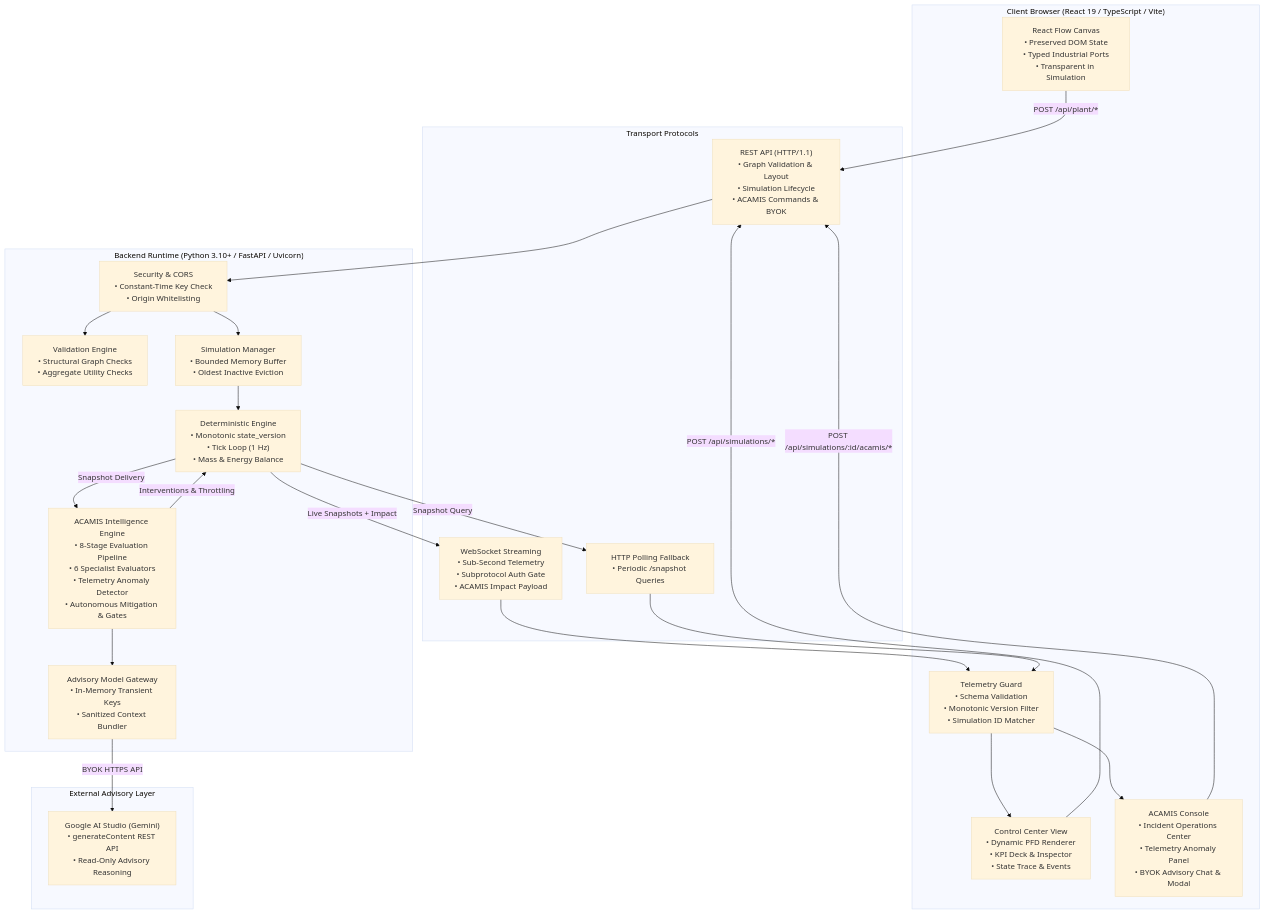
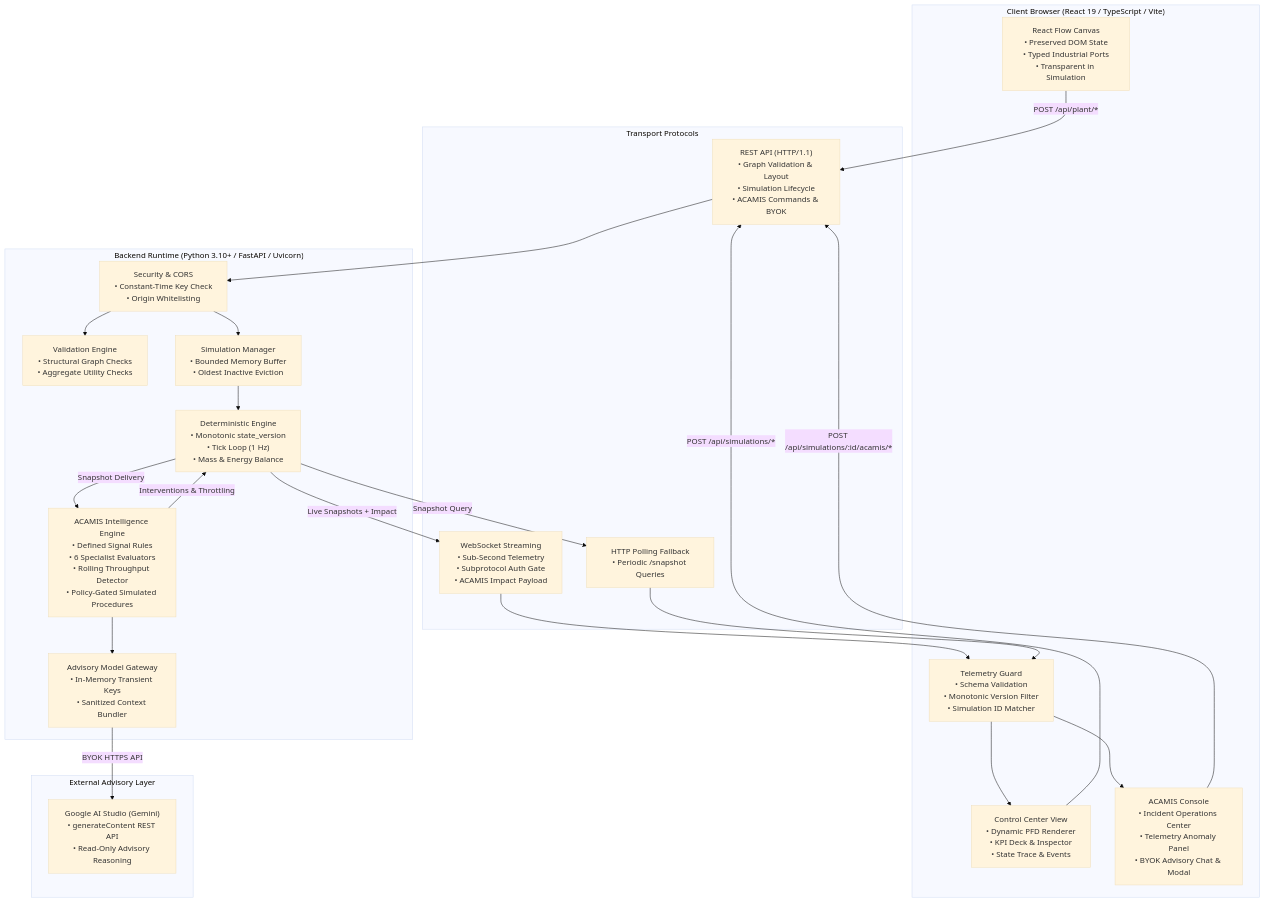
The diagram in docs-site/project/architecture.md (prabhasb06/steelsim), drawn with Mermaid (base theme) before and after one commit. The commit also changed other lines of this file and 20 other files, not shown here.

Commit message:
docs: align ACAMIS guides with telemetry review workflow

```diff
--- a/docs-site/project/architecture.md
+++ b/docs-site/project/architecture.md
@@ -7,46 +7,46 @@
 <pre class="mermaid">
 graph TB
     subgraph Browser ["Client Browser (React 19 / TypeScript / Vite)"]
         Canvas["React Flow Canvas<br/>• Preserved DOM State<br/>• Typed Industrial Ports<br/>• Transparent in Simulation"]
         Control["Control Center View<br/>• Dynamic PFD Renderer<br/>• KPI Deck & Inspector<br/>• State Trace & Events"]
         AcamisUI["ACAMIS Console<br/>• Incident Operations Center<br/>• Telemetry Anomaly Panel<br/>• BYOK Advisory Chat & Modal"]
         ClientGuard["Telemetry Guard<br/>• Schema Validation<br/>• Monotonic Version Filter<br/>• Simulation ID Matcher"]
     end
 
     subgraph Network ["Transport Protocols"]
         REST["REST API (HTTP/1.1)<br/>• Graph Validation & Layout<br/>• Simulation Lifecycle<br/>• ACAMIS Commands & BYOK"]
         WS["WebSocket Streaming<br/>• Sub-Second Telemetry<br/>• Subprotocol Auth Gate<br/>• ACAMIS Impact Payload"]
         Poll["HTTP Polling Fallback<br/>• Periodic /snapshot Queries"]
     end
 
     subgraph Backend ["Backend Runtime (Python 3.10+ / FastAPI / Uvicorn)"]
         AuthMiddleware["Security & CORS<br/>• Constant-Time Key Check<br/>• Origin Whitelisting"]
         TopologyEngine["Validation Engine<br/>• Structural Graph Checks<br/>• Aggregate Utility Checks"]
         SimManager["Simulation Manager<br/>• Bounded Memory Buffer<br/>• Oldest Inactive Eviction"]
         Engine["Deterministic Engine<br/>• Monotonic state_version<br/>• Tick Loop (1 Hz)<br/>• Mass & Energy Balance"]
-        AcamisCore["ACAMIS Intelligence Engine<br/>• 8-Stage Evaluation Pipeline<br/>• 6 Specialist Evaluators<br/>• Telemetry Anomaly Detector<br/>• Autonomous Mitigation & Gates"]
+        AcamisCore["ACAMIS Intelligence Engine<br/>• Defined Signal Rules<br/>• 6 Specialist Evaluators<br/>• Rolling Throughput Detector<br/>• Policy-Gated Simulated Procedures"]
         Gateway["Advisory Model Gateway<br/>• In-Memory Transient Keys<br/>• Sanitized Context Bundler"]
     end
 
     subgraph ExternalCloud ["External Advisory Layer"]
         GeminiAPI["Google AI Studio (Gemini)<br/>• generateContent REST API<br/>• Read-Only Advisory Reasoning"]
     end
 
     Canvas -->|POST /api/plant/*| REST
     Control -->|POST /api/simulations/*| REST
     AcamisUI -->|POST /api/simulations/:id/acamis/*| REST
     REST --> AuthMiddleware
     AuthMiddleware --> TopologyEngine
     AuthMiddleware --> SimManager
     SimManager --> Engine
     Engine -->|Snapshot Delivery| AcamisCore
     AcamisCore -->|Interventions & Throttling| Engine
     AcamisCore --> Gateway
     Gateway -->|BYOK HTTPS API| GeminiAPI
     Engine -->|Live Snapshots + Impact| WS
     Engine -->|Snapshot Query| Poll
     WS --> ClientGuard
     Poll --> ClientGuard
     ClientGuard --> Control
     ClientGuard --> AcamisUI
 </pre>
```
